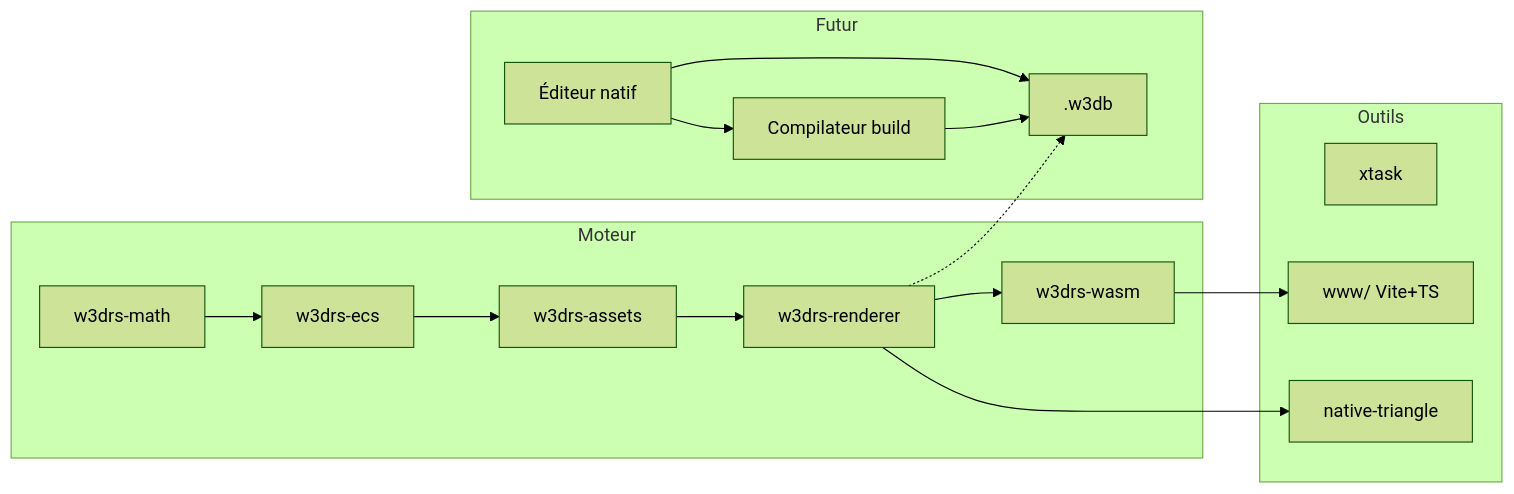
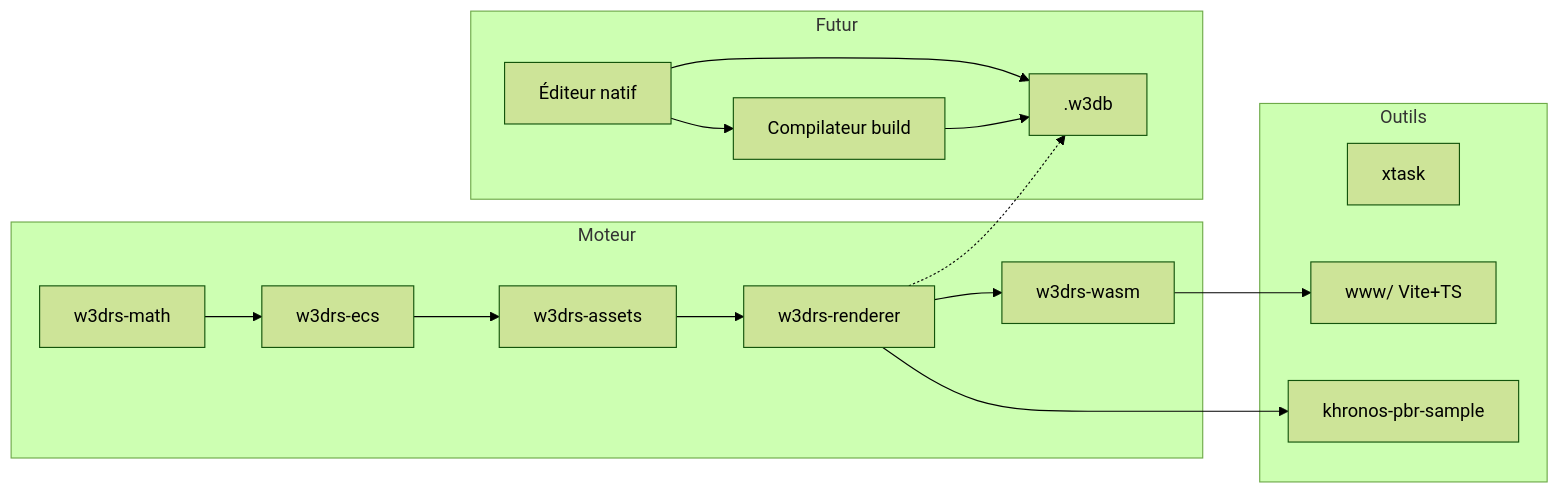
Before and after one commit to naanouff/w3gpu: the first of 3 diagrams in docs/architecture.md, drawn with Mermaid (forest theme). The commit also changed other lines of this file and 35 other files, not shown here.

First line of the commit message:
feat(phase-a): Khronos PBR sample and glTF scene transforms

````diff
--- a/docs/architecture.md
+++ b/docs/architecture.md
@@ -21,30 +21,30 @@
 ```mermaid
 flowchart LR
   subgraph Moteur
     MATH[w3drs-math]
     ECS[w3drs-ecs]
     ASSETS[w3drs-assets]
     REN[w3drs-renderer]
     WASM[w3drs-wasm]
   end
   subgraph Outils
     XTASK[xtask]
     WWW[www/ Vite+TS]
-    NATIVE[native-triangle]
+    NATIVE[khronos-pbr-sample]
   end
   subgraph Futur
     ED[Éditeur natif]
     W3DB[".w3db"]
     COMP[Compilateur build]
   end
   MATH --> ECS
   ECS --> ASSETS
   ASSETS --> REN
   REN --> WASM
   REN --> NATIVE
   WASM --> WWW
   ED --> W3DB
   ED --> COMP
   COMP --> W3DB
   REN -.-> W3DB
 ```
````
